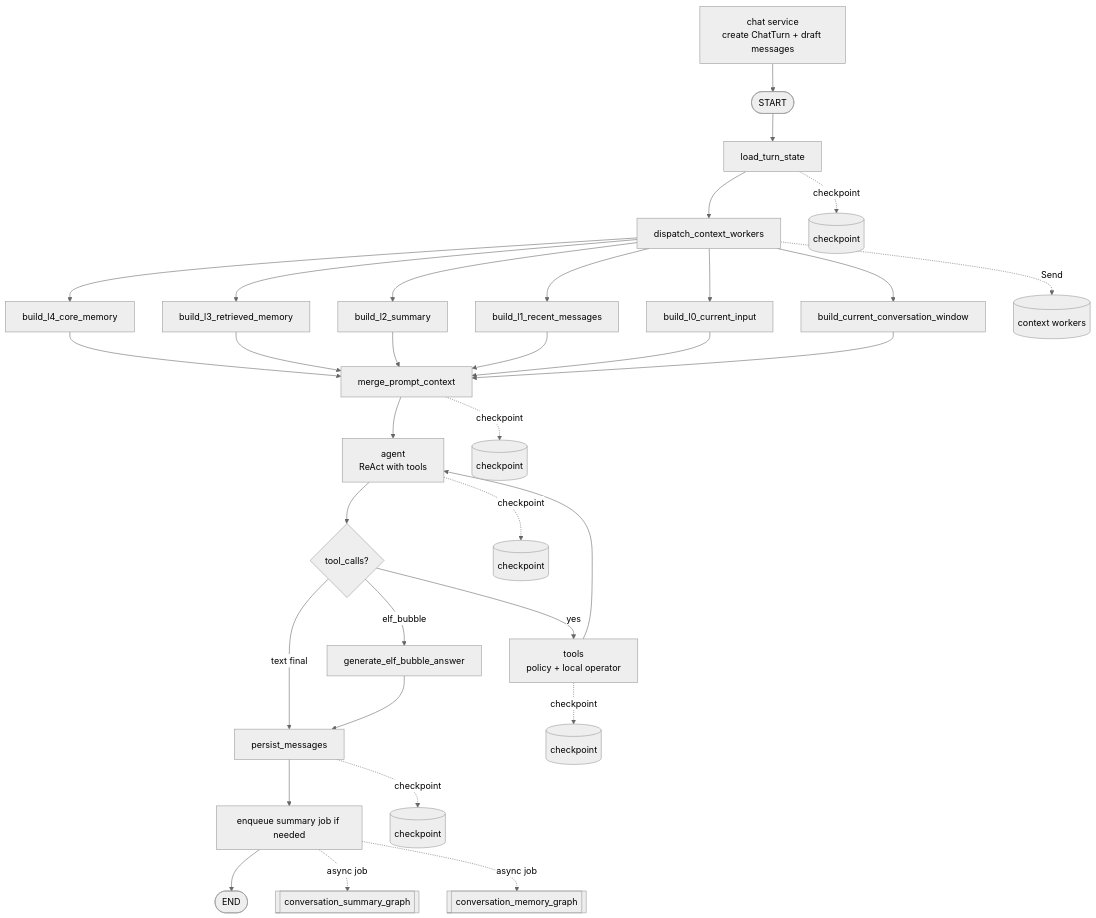
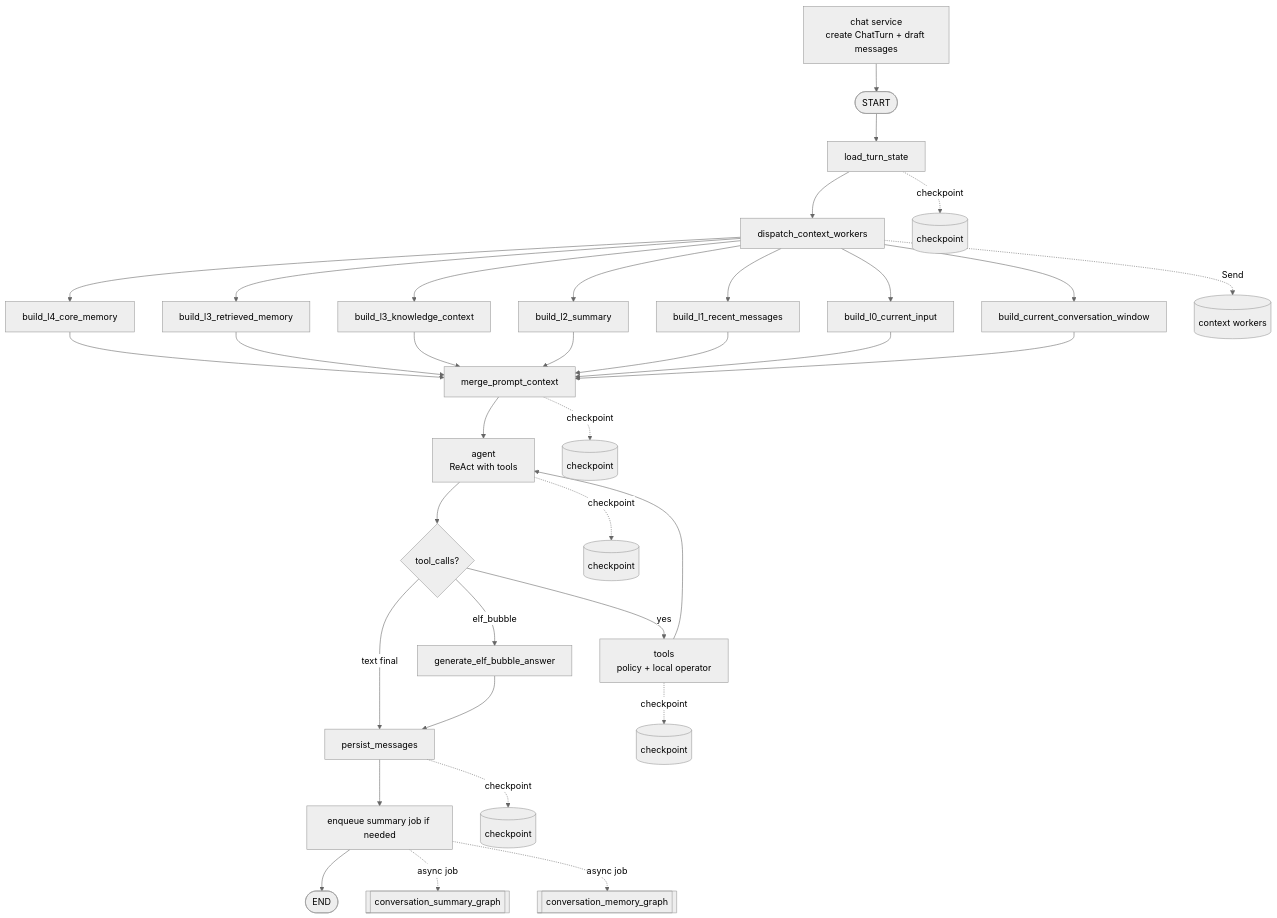
The first of 5 diagrams in docs/agent/memory-chat-graph.md (LiuJiaxuan1024/AiMemo), drawn with Mermaid (neutral theme) before and after one commit. The commit also changed other lines of this file and 95 other files, not shown here.

````diff
--- a/docs/agent/memory-chat-graph.md
+++ b/docs/agent/memory-chat-graph.md
@@ -23,36 +23,38 @@
 ```mermaid
 flowchart TD
     Precreate[chat service<br/>create ChatTurn + draft messages] --> Start([START])
     Start([START]) --> Load[load_turn_state]
     Load --> Dispatch[dispatch_context_workers]
     Dispatch --> L4[build_l4_core_memory]
     Dispatch --> L3[build_l3_retrieved_memory]
+    Dispatch --> K3[build_l3_knowledge_context]
     Dispatch --> L2[build_l2_summary]
     Dispatch --> L1[build_l1_recent_messages]
     Dispatch --> L0[build_l0_current_input]
     Dispatch --> Window[build_current_conversation_window]
     L4 --> Merge[merge_prompt_context]
     L3 --> Merge
+    K3 --> Merge
     L2 --> Merge
     L1 --> Merge
     L0 --> Merge
     Window --> Merge
     Merge --> Agent[agent<br/>ReAct with tools]
     Agent --> Route{tool_calls?}
     Route -->|yes| Tools[tools<br/>policy + local operator]
     Tools --> Agent
     Route -->|text final| Persist[persist_messages]
     Route -->|elf_bubble| BubbleGenerate[generate_elf_bubble_answer]
     BubbleGenerate --> Persist
     Persist --> MaybeSummary[enqueue summary job if needed]
     MaybeSummary --> End([END])
     MaybeSummary -. async job .-> SummaryGraph[[conversation_summary_graph]]
     MaybeSummary -. async job .-> MemoryGraph[[conversation_memory_graph]]
 
     Load -. checkpoint .-> CP1[(checkpoint)]
     Dispatch -. Send .-> Workers[(context workers)]
     Merge -. checkpoint .-> CP2[(checkpoint)]
     Agent -. checkpoint .-> CP3[(checkpoint)]
     Tools -. checkpoint .-> CP4[(checkpoint)]
     Persist -. checkpoint .-> CP5[(checkpoint)]
 ```
````
